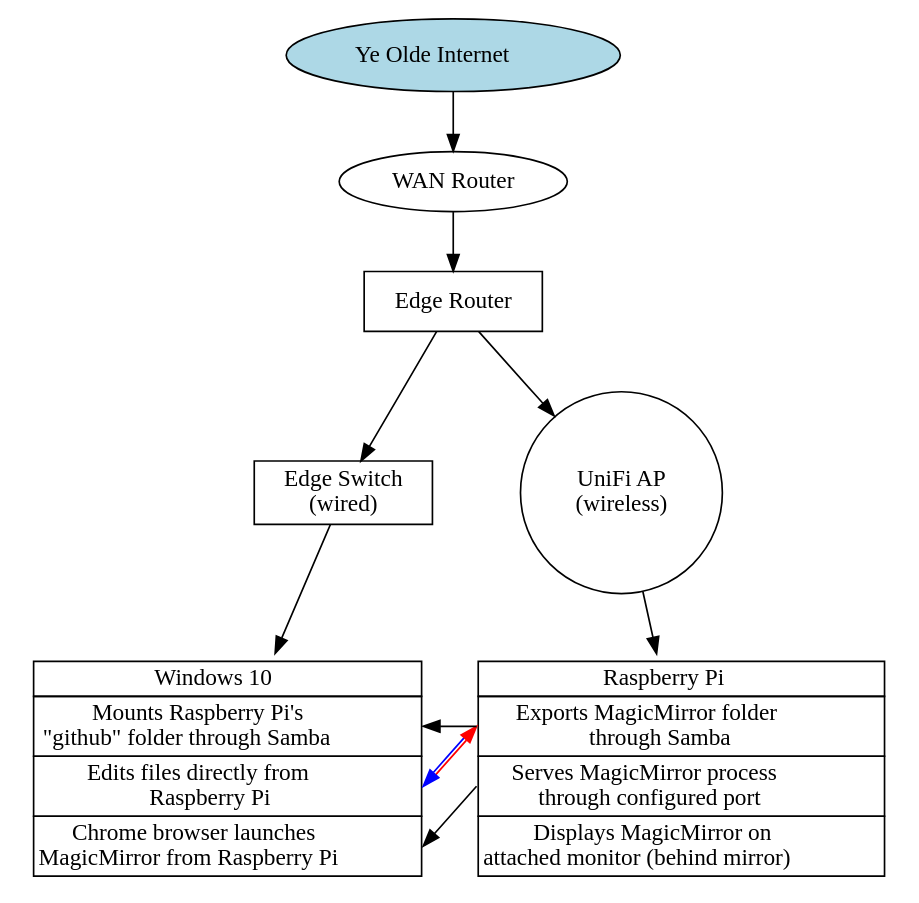
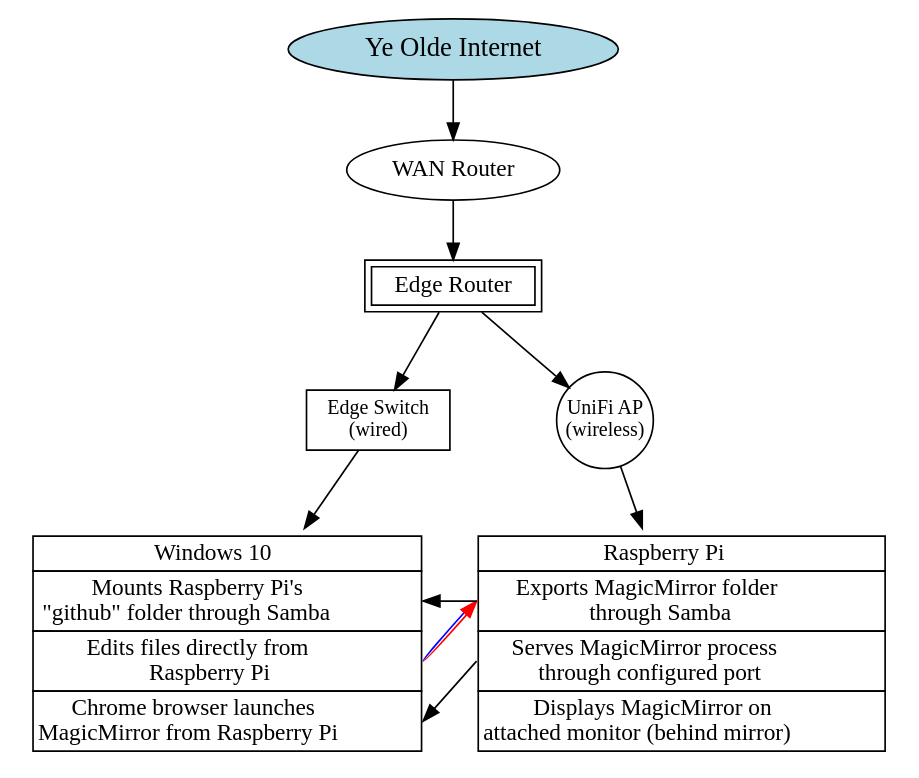
One commit to KirAsh4/graphviz changed the diagram in netflow2.dot. Above: the diagram before and after it, drawn with Graphviz. The commit also changed 2 other files, not shown here.

```diff
--- a/netflow2.dot
+++ b/netflow2.dot
@@ -1,59 +1,87 @@
 digraph home_network {
-	rankdir=TB;
-	node[shape=record];
-	fontname="Arial";
-	splines="line";
+	rankdir=TB
+	node[shape=record]
+	splines="line"
+	fontname="Myriad Pro"
+	fontsize="16"
 
 	internet [
-		shape=ellipse;
-		style=filled;
-		fillcolor=lightblue;
-		label=<<table border="0">
-					<tr><td port="port1">Ye Olde Internet</td></tr>
-				</table>>
+		shape=ellipse
+		style=filled
+		fillcolor=lightblue
+		label="Ye Olde Internet"
+		fontname="Myriad Pro"
+		fontsize="16"
 	]
 
-	publicrouter [label="WAN Router", shape=ellipse];
-	edgerouter [label="Edge Router", shape=rect];
-	edgeswitch [label="Edge Switch\n(wired)", shape=rect];
-	unifiap [label="UniFi AP\n(wireless)", shape=circle];
+	publicrouter [
+		shape=ellipse
+		label="WAN Router"
+		fontname="Myriad Pro"
+		fontsize="14"
+	]
+
+	edgerouter [
+		shape=rect
+		label="Edge Router"
+		fontname="Myriad Pro"
+		fontsize="14"
+		height="0.2"
+		peripheries=2
+	]
+
+	edgeswitch [
+		shape=rect
+		label="Edge Switch\n(wired)"
+		fontname="Myriad Pro"
+		fontsize="12"
+	]
+
+	unifiap [
+		shape=circle
+		label="UniFi AP\n(wireless)"
+		fontname="Myriad Pro"
+		fontsize="12"
+		height="0.80"
+		fixedsize=true
+	]
 
 	win10 [
-		shape=none;
+		shape=none
 		label=<<table border="0" cellspacing="0">
 					<tr><td port="port1" border="1">Windows 10</td></tr>
 					<tr><td port="port2" border="1">Mounts Raspberry Pi's<br />
 																"github" folder through Samba</td></tr>
 					<tr><td port="port3" border="1">Edits files directly from<br />
 																Raspberry Pi</td></tr>
 					<tr><td port="port4" border="1">Chrome browser launches<br />
 																MagicMirror from Raspberry Pi</td></tr>
 				</table>>
-	];
+	]
 
 	raspberrypi [
-		shape=none;
+		shape=none
 		label=<<table border="0" cellspacing="0">
 					<tr><td port="port1" border="1">Raspberry Pi</td></tr>
 					<tr><td port="port2" border="1">Exports MagicMirror folder<br />
 																through Samba</td></tr>
 					<tr><td port="port3" border="1">Serves MagicMirror process<br />
 																through configured port</td></tr>
 					<tr><td port="port4" border="1">Displays MagicMirror on<br />
 																attached monitor (behind mirror)</td></tr>
 				</table>>
-	];
+	]
 
 	{rank=same; edgeswitch unifiap}
 	{rank=same; win10 raspberrypi}
 
-	raspberrypi:port2 -> win10:port2;
-	win10:port3 -> raspberrypi:port2 [dir=both color="red:blue" arrowTyle="normal"];
-	raspberrypi:port3 -> win10:port4;
+	raspberrypi:port2 -> win10:port2
+	raspberrypi:port3 -> win10:port4
+	win10:port3 -> raspberrypi:port2 [dir=both color="red:blue"]
 
-	internet -> publicrouter -> edgerouter;
-	edgerouter -> edgeswitch;
-	edgerouter -> unifiap;
-	edgeswitch -> win10;
-	unifiap -> raspberrypi;
+	internet -> publicrouter -> edgerouter
+	edgerouter -> edgeswitch
+	edgerouter -> unifiap
+	edgeswitch -> win10
+	unifiap -> raspberrypi
 }
```
